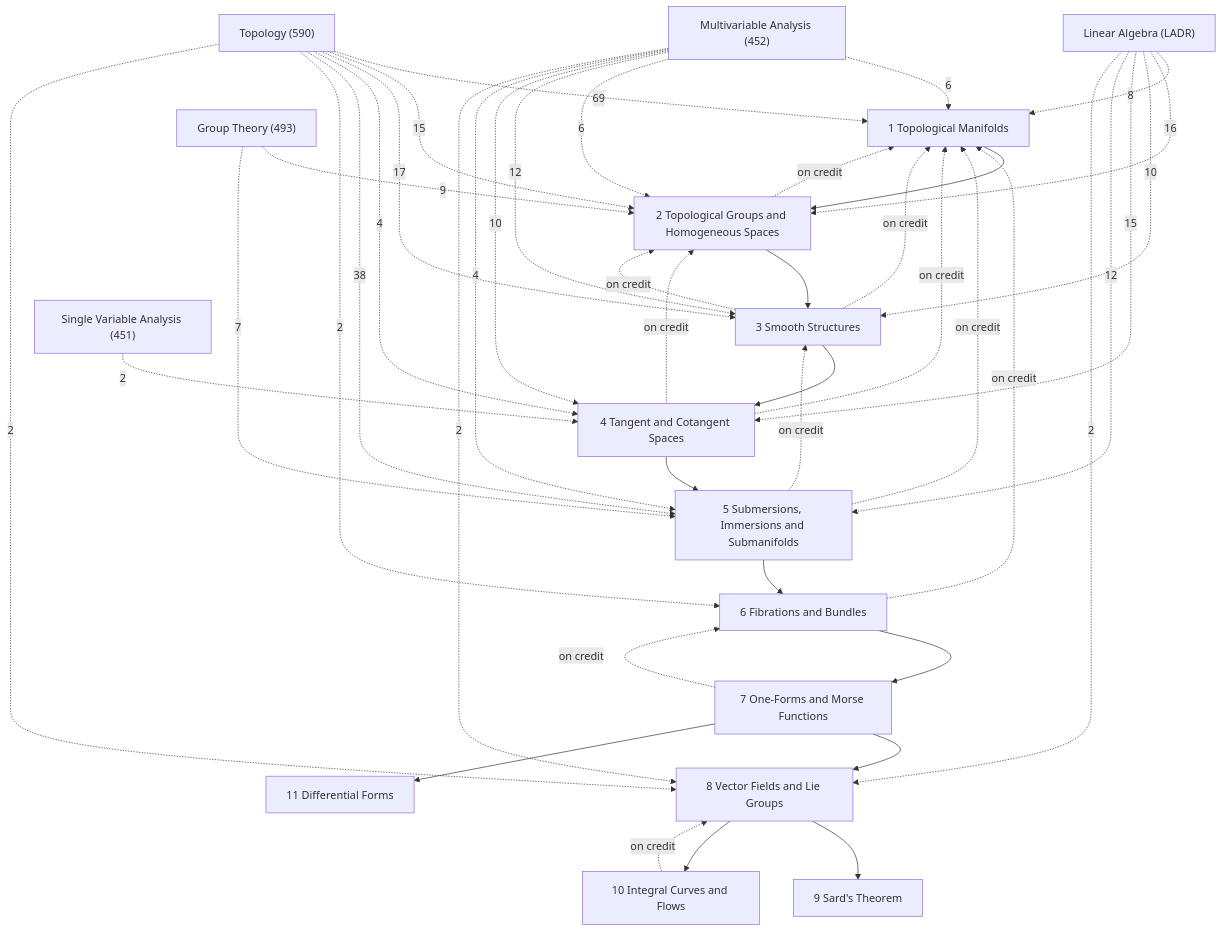
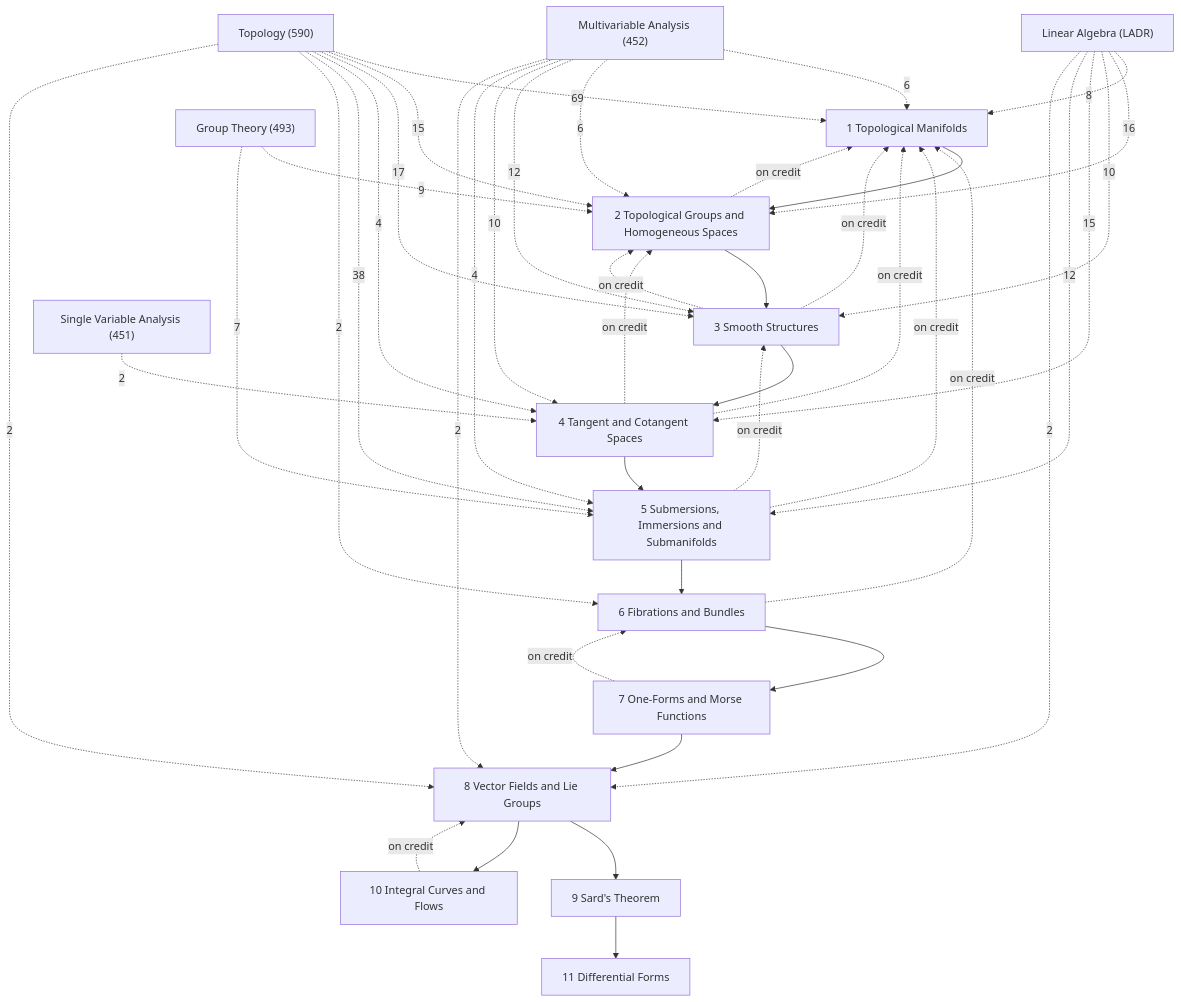
The diagram in Math/Differentiable Manifolds/Differentiable Manifolds.md (Onion20040508/notes), drawn with Mermaid before and after one commit. The commit also changed other lines of this file and 27 other files, not shown here.

````diff
--- a/Math/Differentiable Manifolds/Differentiable Manifolds.md
+++ b/Math/Differentiable Manifolds/Differentiable Manifolds.md
@@ -27,61 +27,61 @@
 ```mermaid
 graph TD
   C1["1 Topological Manifolds"]
   C2["2 Topological Groups and Homogeneous Spaces"]
   C3["3 Smooth Structures"]
   C4["4 Tangent and Cotangent Spaces"]
   C5["5 Submersions, Immersions and Submanifolds"]
   C6["6 Fibrations and Bundles"]
   C7["7 One-Forms and Morse Functions"]
   C8["8 Vector Fields and Lie Groups"]
   C9["9 Sard's Theorem"]
   C10["10 Integral Curves and Flows"]
   C11["11 Differential Forms"]
   X1["Topology (590)"]
   X2["Multivariable Analysis (452)"]
   X3["Linear Algebra (LADR)"]
   X4["Group Theory (493)"]
   X5["Single Variable Analysis (451)"]
   C1 --> C2
   C2 --> C3
   C3 --> C4
   C4 --> C5
   C5 --> C6
   C6 --> C7
   C7 --> C8
-  C7 --> C11
   C8 --> C9
   C8 --> C10
+  C9 --> C11
   C2 -.->|on credit| C1
   C3 -.->|on credit| C1
   C3 -.->|on credit| C2
   C4 -.->|on credit| C1
   C4 -.->|on credit| C2
   C5 -.->|on credit| C1
   C5 -.->|on credit| C3
   C6 -.->|on credit| C1
   C7 -.->|on credit| C6
   C10 -.->|on credit| C8
   X4 -.->|9| C2
   X4 -.->|7| C5
   X3 -.->|8| C1
   X3 -.->|16| C2
   X3 -.->|10| C3
   X3 -.->|15| C4
   X3 -.->|12| C5
   X3 -.->|2| C8
   X2 -.->|6| C1
   X2 -.->|6| C2
   X2 -.->|12| C3
   X2 -.->|10| C4
   X2 -.->|4| C5
   X2 -.->|2| C8
   X5 -.->|2| C4
   X1 -.->|69| C1
   X1 -.->|15| C2
   X1 -.->|17| C3
   X1 -.->|4| C4
   X1 -.->|38| C5
   X1 -.->|2| C6
   X1 -.->|2| C8
 ```
````
